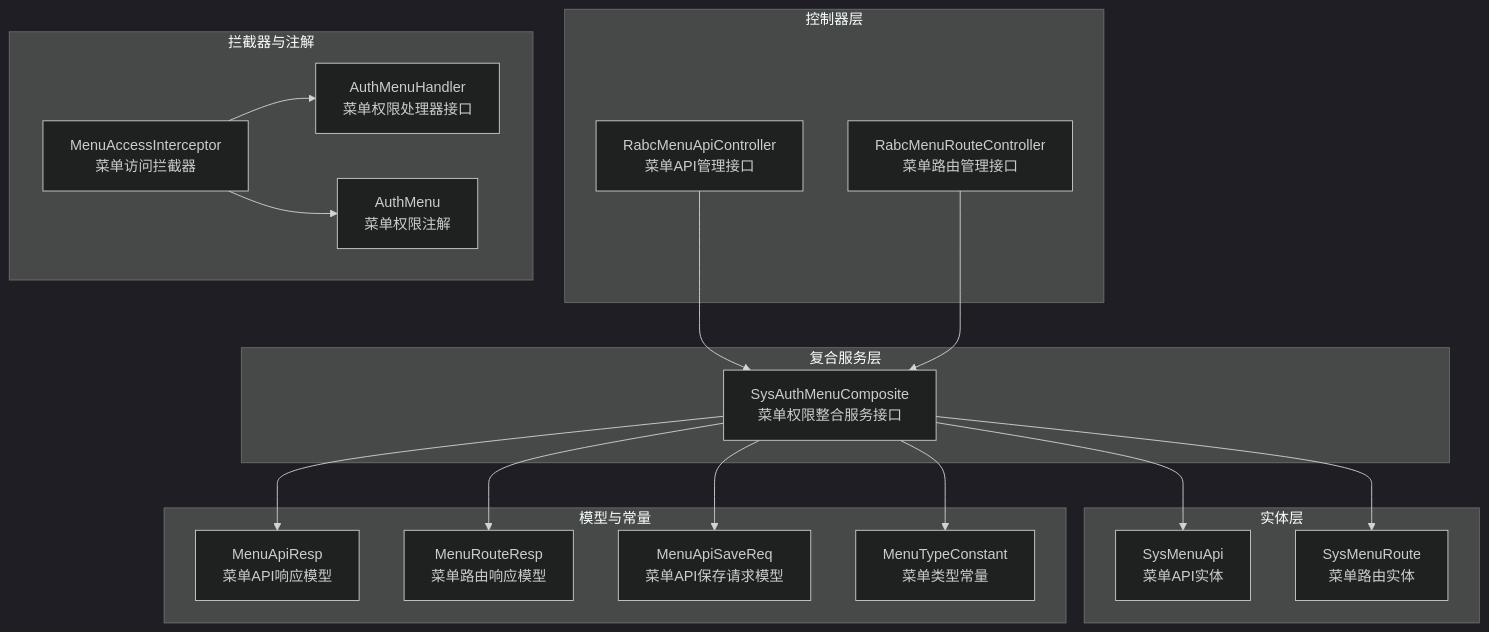
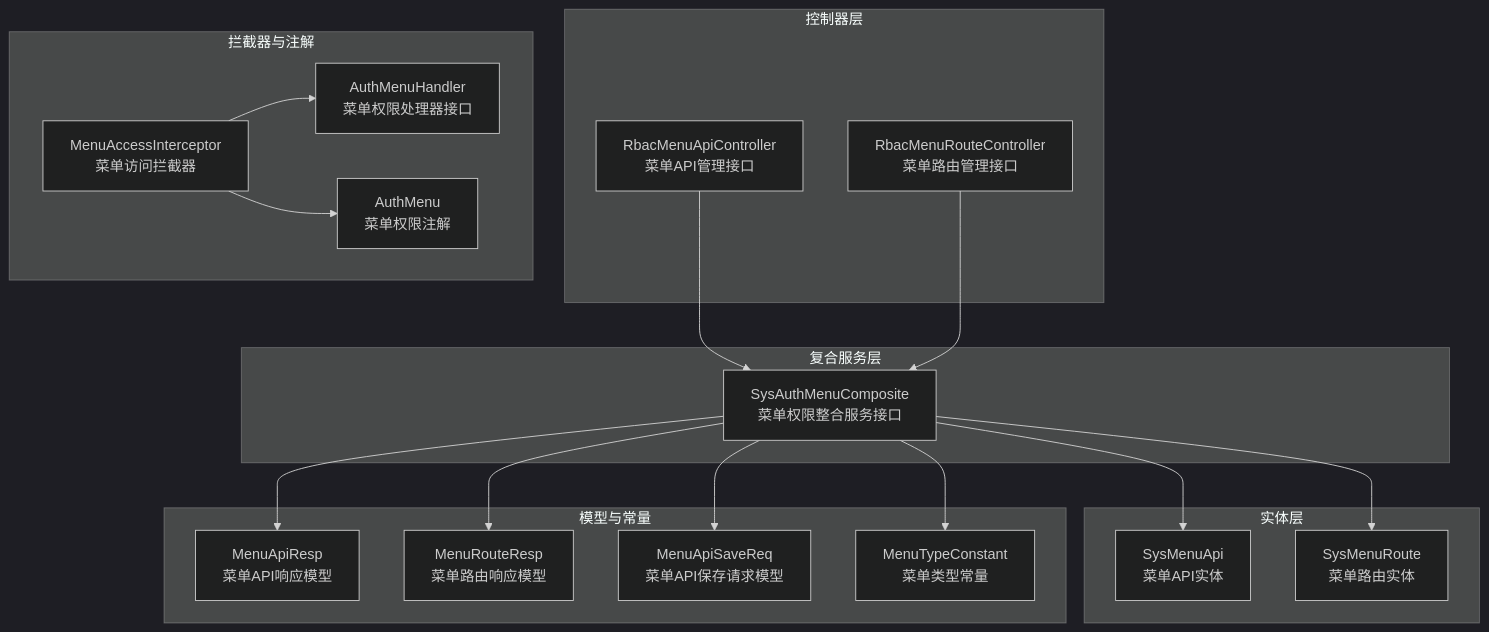
One commit to LiukewenSC/kewen-framework changed the first of 6 diagrams in .qoder/repowiki/zh/content/权限系统 (qy-auth)/RBAC实现 (auth-rbac)/菜单权限.md. Above: the diagram before and after it, drawn with Mermaid (dark theme). The commit also changed other lines of this file and 764 other files, not shown here.

````diff
--- a/.qoder/repowiki/zh/content/权限系统 (qy-auth)/RBAC实现 (auth-rbac)/菜单权限.md
+++ b/.qoder/repowiki/zh/content/权限系统 (qy-auth)/RBAC实现 (auth-rbac)/菜单权限.md
@@ -44,35 +44,35 @@
 ```mermaid
 graph TB
 subgraph "控制器层"
-C1["RabcMenuApiController<br/>菜单API管理接口"]
-C2["RabcMenuRouteController<br/>菜单路由管理接口"]
+C1["RbacMenuApiController<br/>菜单API管理接口"]
+C2["RbacMenuRouteController<br/>菜单路由管理接口"]
 end
 subgraph "复合服务层"
 S1["SysAuthMenuComposite<br/>菜单权限整合服务接口"]
 end
 subgraph "实体层"
 E1["SysMenuApi<br/>菜单API实体"]
 E2["SysMenuRoute<br/>菜单路由实体"]
 end
 subgraph "模型与常量"
 M1["MenuApiResp<br/>菜单API响应模型"]
 M2["MenuRouteResp<br/>菜单路由响应模型"]
 M3["MenuApiSaveReq<br/>菜单API保存请求模型"]
 M4["MenuTypeConstant<br/>菜单类型常量"]
 end
 subgraph "拦截器与注解"
 I1["MenuAccessInterceptor<br/>菜单访问拦截器"]
 A1["AuthMenu<br/>菜单权限注解"]
 H1["AuthMenuHandler<br/>菜单权限处理器接口"]
 end
 C1 --> S1
 C2 --> S1
 S1 --> E1
 S1 --> E2
 S1 --> M1
 S1 --> M2
 S1 --> M3
 S1 --> M4
 I1 --> H1
 I1 --> A1
 ```
````
